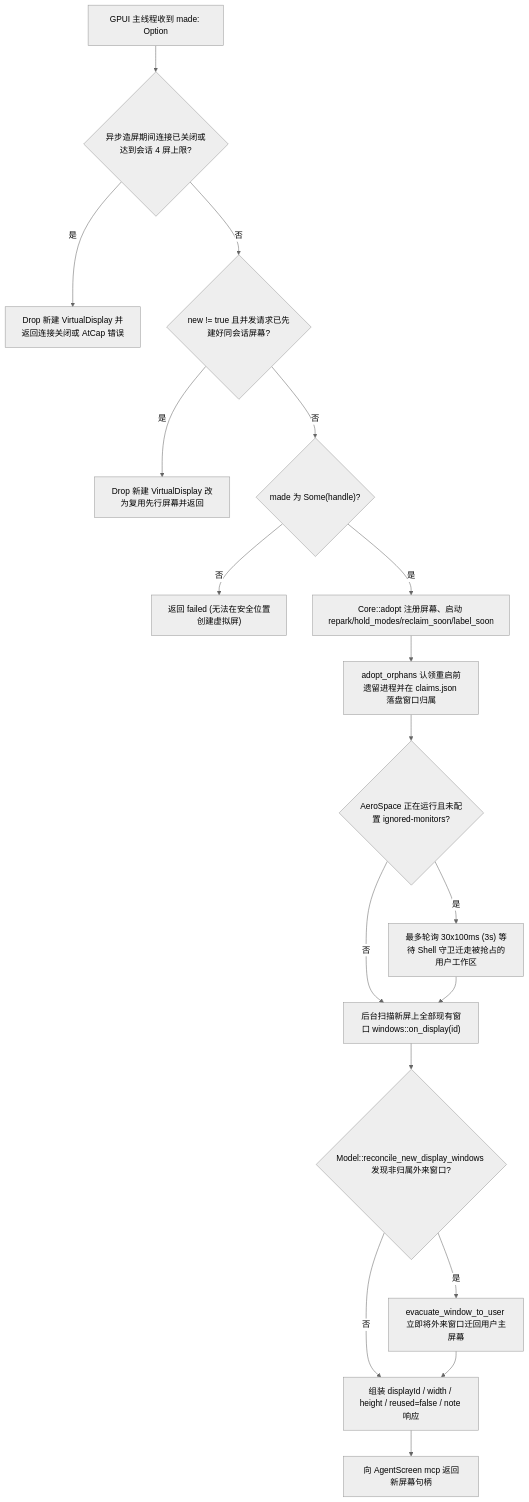
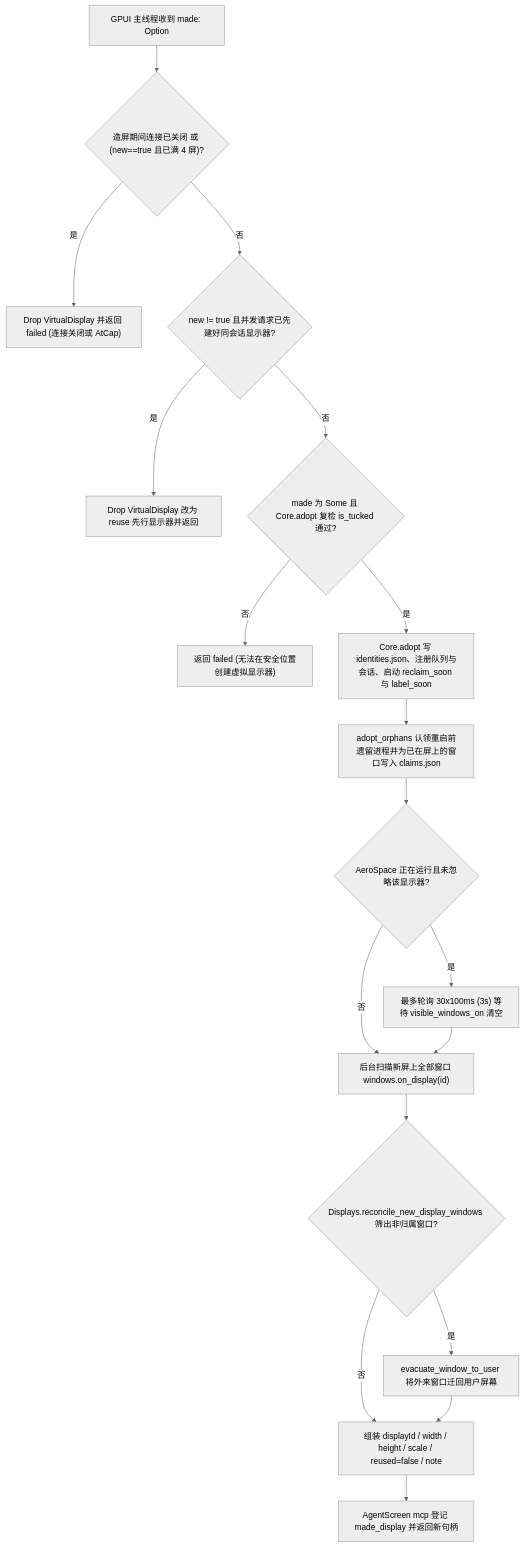
One commit to Fanzzzd/agent-screen changed the third of 3 diagrams in docs/flows/01-create-display.md. Above: the diagram before and after it, drawn with Mermaid (neutral theme). The commit also changed other lines of this file and 16 other files, not shown here.

First line of the commit message:
docs(docs): audit flow maps row by row with source quotes

````diff
--- a/docs/flows/01-create-display.md
+++ b/docs/flows/01-create-display.md
@@ -151,20 +148,20 @@
 ```mermaid
 flowchart TD
-    A1["GPUI 主线程收到 made: Option<VirtualDisplay>"] --> A2{"异步造屏期间连接已关闭或达到会话 4 屏上限?"}
-    A2 -->|"是"| AX1["Drop 新建 VirtualDisplay 并返回连接关闭或 AtCap 错误"]
-    A2 -->|"否"| A3{"new != true 且并发请求已先建好同会话屏幕?"}
-    A3 -->|"是"| AX2["Drop 新建 VirtualDisplay 改为复用先行屏幕并返回"]
-    A3 -->|"否"| A4{"made 为 Some(handle)?"}
-    A4 -->|"否"| AX3["返回 failed (无法在安全位置创建虚拟屏)"]
-    A4 -->|"是"| A5["Core::adopt 注册屏幕、启动 repark/hold_modes/reclaim_soon/label_soon"]
-    A5 --> A6["adopt_orphans 认领重启前遗留进程并在 claims.json 落盘窗口归属"]
-    A6 --> A7{"AeroSpace 正在运行且未配置 ignored-monitors?"}
-    A7 -->|"是"| A8["最多轮询 30x100ms (3s) 等待 Shell 守卫迁走被抢占的用户工作区"]
-    A7 -->|"否"| A9["后台扫描新屏上全部现有窗口 windows::on_display(id)"]
+    A1["GPUI 主线程收到 made: Option<VirtualDisplay>"] --> A2{"造屏期间连接已关闭 或 (new==true 且已满 4 屏)?"}
+    A2 -->|"是"| AX1["Drop VirtualDisplay 并返回 failed (连接关闭或 AtCap)"]
+    A2 -->|"否"| A3{"new != true 且并发请求已先建好同会话显示器?"}
+    A3 -->|"是"| AX2["Drop VirtualDisplay 改为 reuse 先行显示器并返回"]
+    A3 -->|"否"| A4{"made 为 Some 且 Core.adopt 复检 is_tucked 通过?"}
+    A4 -->|"否"| AX3["返回 failed (无法在安全位置创建虚拟显示器)"]
+    A4 -->|"是"| A5["Core.adopt 写 identities.json、注册队列与会话、启动 reclaim_soon 与 label_soon"]
+    A5 --> A6["adopt_orphans 认领重启前遗留进程并为已在屏上的窗口写入 claims.json"]
+    A6 --> A7{"AeroSpace 正在运行且未忽略该显示器?"}
+    A7 -->|"是"| A8["最多轮询 30x100ms (3s) 等待 visible_windows_on 清空"]
+    A7 -->|"否"| A9["后台扫描新屏上全部窗口 windows.on_display(id)"]
     A8 --> A9
-    A9 --> A10{"Model::reconcile_new_display_windows 发现非归属外来窗口?"}
-    A10 -->|"是"| A11["evacuate_window_to_user 立即将外来窗口迁回用户主屏幕"]
-    A10 -->|"否"| A12["组装 displayId / width / height / reused=false / note 响应"]
+    A9 --> A10{"Displays.reconcile_new_display_windows 筛出非归属窗口?"}
+    A10 -->|"是"| A11["evacuate_window_to_user 将外来窗口迁回用户屏幕"]
+    A10 -->|"否"| A12["组装 displayId / width / height / scale / reused=false / note"]
     A11 --> A12
-    A12 --> R2["向 AgentScreen mcp 返回新屏幕句柄"]
+    A12 --> R2["AgentScreen mcp 登记 made_display 并返回新句柄"]
 ```
````
